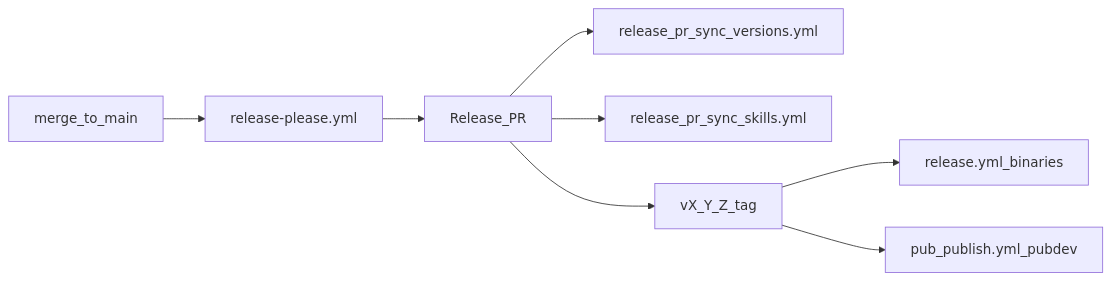
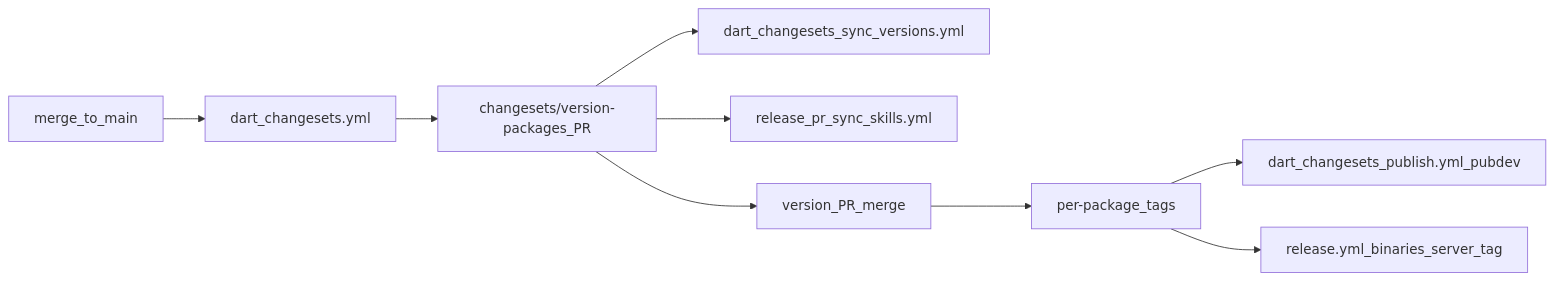
Before and after one commit to Arenukvern/mcp_flutter: the diagram in plugin/skills/flutter-mcp-toolkit-repo-maintainer/SKILL.md, drawn with Mermaid. The commit also changed other lines of this file and 2 other files, not shown here.

First line of the commit message:
chore(release): drop the pub.dev environment pattern, scope OIDC to the publish job

````diff
--- a/plugin/skills/flutter-mcp-toolkit-repo-maintainer/SKILL.md
+++ b/plugin/skills/flutter-mcp-toolkit-repo-maintainer/SKILL.md
@@ -64,10 +64,11 @@
 ```mermaid
 flowchart LR
-  main[merge_to_main] --> rp[release-please.yml]
-  rp --> pr[Release_PR]
-  pr --> sync[release_pr_sync_versions.yml]
+  main[merge_to_main] --> eng[dart_changesets.yml]
+  eng --> pr[changesets/version-packages_PR]
+  pr --> sync[dart_changesets_sync_versions.yml]
   pr --> assets[release_pr_sync_skills.yml]
-  pr --> tag[vX_Y_Z_tag]
-  tag --> rel[release.yml_binaries]
-  tag --> pub[pub_publish.yml_pubdev]
+  pr --> merge[version_PR_merge]
+  merge --> tags[per-package_tags]
+  tags --> pub[dart_changesets_publish.yml_pubdev]
+  tags --> rel[release.yml_binaries_server_tag]
 ```
````
